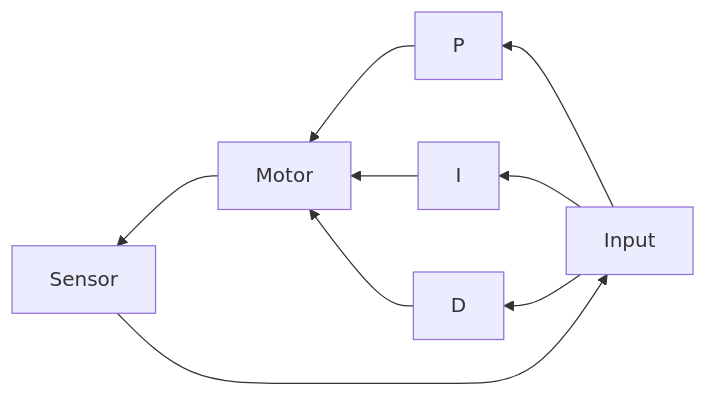
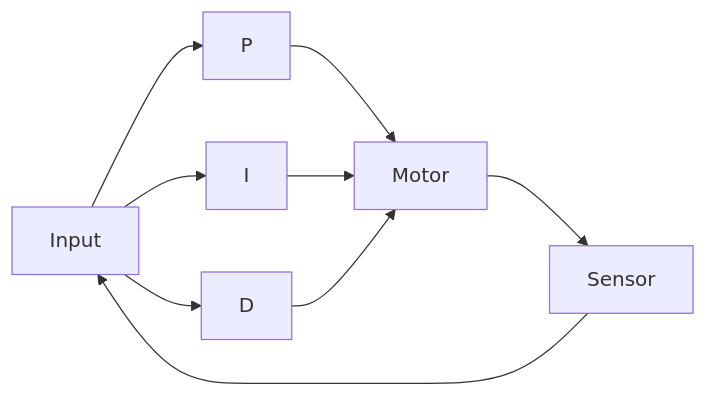
One commit to TheBaronBlood/Lego-Spike-Prime changed the diagram in Programms/PID.md. Above: the diagram before and after it, drawn with Mermaid.

````diff
--- a/Programms/PID.md
+++ b/Programms/PID.md
@@ -1,11 +1,11 @@
 ```mermaid
-  graph RL;
+  graph LR;
       Input -->P;
       Input -->I;
       Input -->D;
       P -->Motor;
       I -->Motor;
       D -->Motor;
       Motor -->Sensor;
       Sensor --> Input
 ```
````
